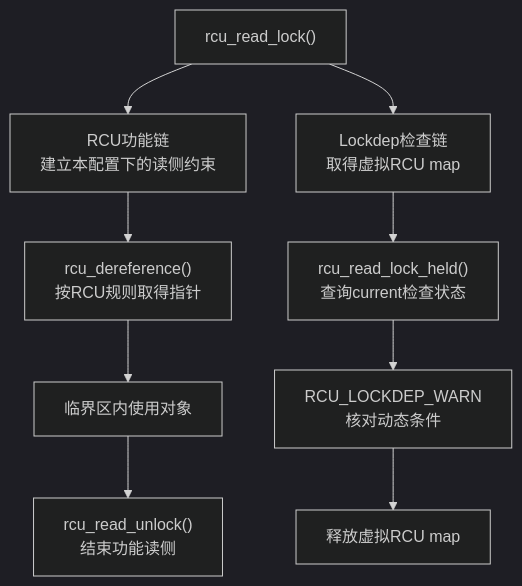
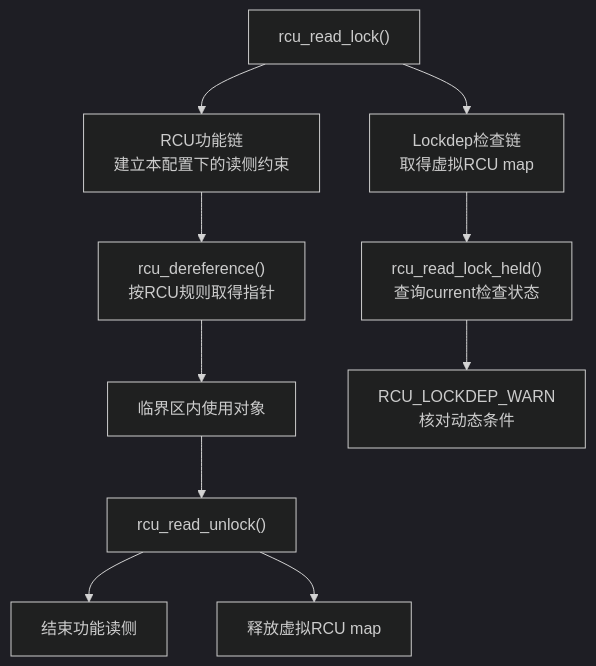
The first of 2 diagrams in knowledge/linux/synchronization_and_asynchrony/synchronization/lockdep/P07_RCU与子系统检查适配.md (FormingSystem/linux_note), drawn with Mermaid (dark theme) before and after one commit. The commit also changed other lines of this file and 9 other files, not shown here.

````diff
--- a/knowledge/linux/synchronization_and_asynchrony/synchronization/lockdep/P07_RCU与子系统检查适配.md
+++ b/knowledge/linux/synchronization_and_asynchrony/synchronization/lockdep/P07_RCU与子系统检查适配.md
@@ -28,11 +30,12 @@
 ```mermaid
 flowchart TB
     ENTER["rcu_read_lock()"] --> FUNC["RCU功能链<br/>建立本配置下的读侧约束"]
     ENTER --> CHECK["Lockdep检查链<br/>取得虚拟RCU map"]
     FUNC --> DEREF["rcu_dereference()<br/>按RCU规则取得指针"]
     CHECK --> QUERY["rcu_read_lock_held()<br/>查询current检查状态"]
     DEREF --> USE["临界区内使用对象"]
     QUERY --> WARN["RCU_LOCKDEP_WARN<br/>核对动态条件"]
-    USE --> EXIT["rcu_read_unlock()<br/>结束功能读侧"]
-    WARN --> RELEASE["释放虚拟RCU map"]
+    USE --> EXIT["rcu_read_unlock()"]
+    EXIT --> END["结束功能读侧"]
+    EXIT --> RELEASE["释放虚拟RCU map"]
 ```
````
